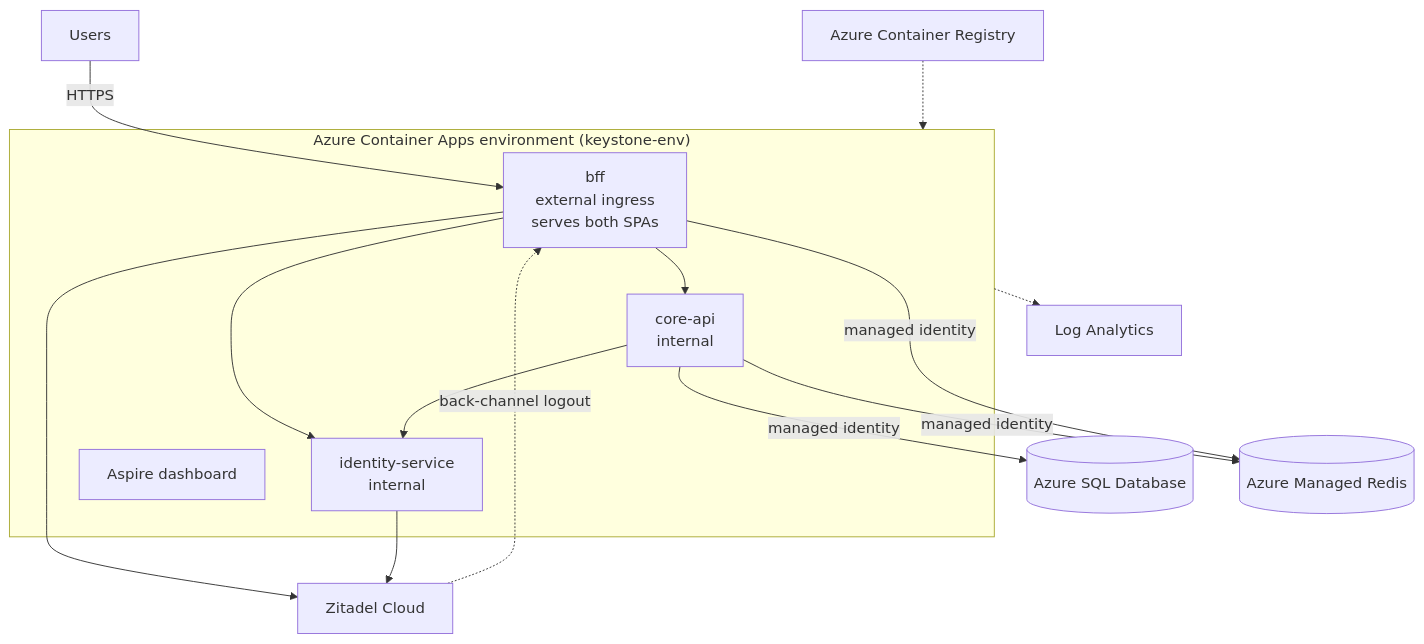
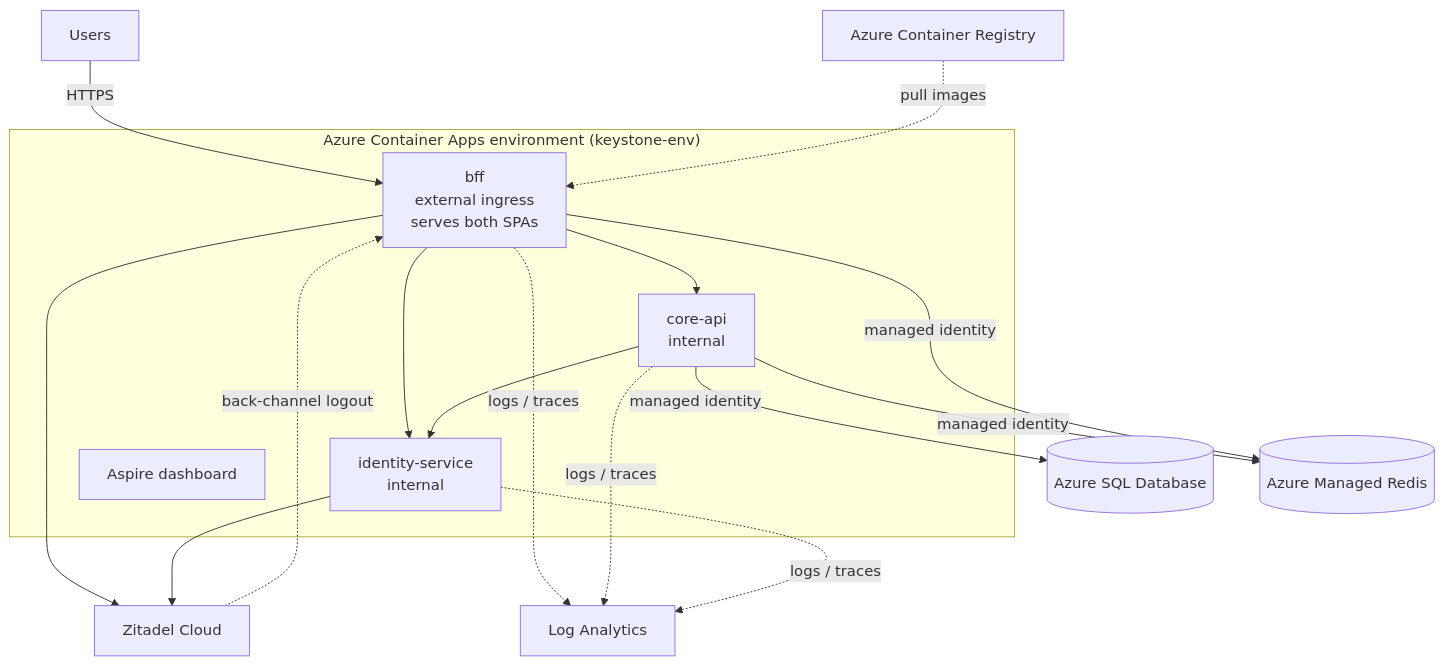
One commit to akazad13/keystone changed the third of 3 diagrams in ARCHITECTURE.md. Above: the diagram before and after it, drawn with Mermaid. The commit also changed other lines of this file, not shown here.

Commit message:
docs: update ARCHITECTURE.md diagram syntax and component references

````diff
--- a/ARCHITECTURE.md
+++ b/ARCHITECTURE.md
@@ -176,21 +192,26 @@
 ```mermaid
 flowchart TB
-    U["Users"] -->|HTTPS| BFF
+    U["Users"]
+
     subgraph ENV["Azure Container Apps environment (keystone-env)"]
         BFF["bff<br/>external ingress<br/>serves both SPAs"]
         IDS["identity-service<br/>internal"]
         API["core-api<br/>internal"]
         DASH["Aspire dashboard"]
     end
+
+    U -->|HTTPS| BFF
     BFF --> IDS
     BFF --> API
     API --> IDS
     API -->|managed identity| SQL[("Azure SQL Database")]
     API -->|managed identity| REDIS[("Azure Managed Redis")]
     BFF -->|managed identity| REDIS
     BFF --> ZC["Zitadel Cloud"]
     IDS --> ZC
     ZC -. "back-channel logout" .-> BFF
-    ACR["Azure Container Registry"] -.-> ENV
-    ENV -.-> LAW["Log Analytics"]
+    ACR["Azure Container Registry"] -. "pull images" .-> BFF
+    BFF -. "logs / traces" .-> LAW["Log Analytics"]
+    API -. "logs / traces" .-> LAW
+    IDS -. "logs / traces" .-> LAW
 ```
````
